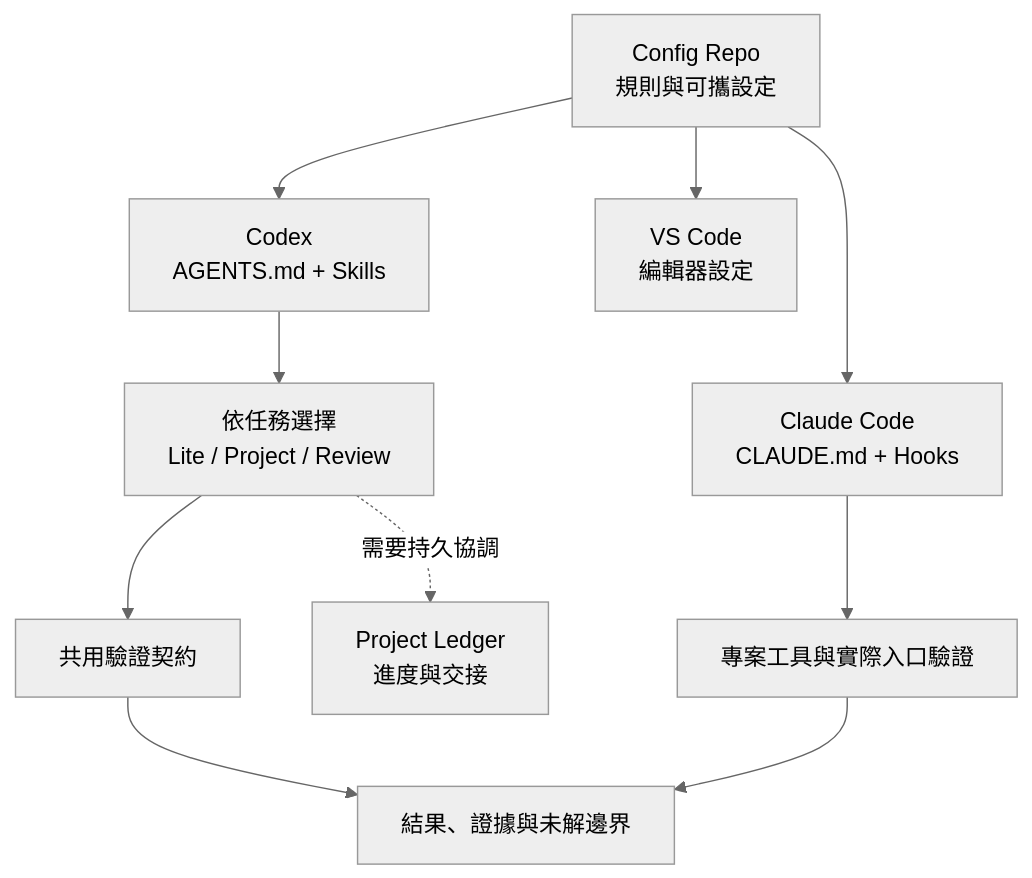
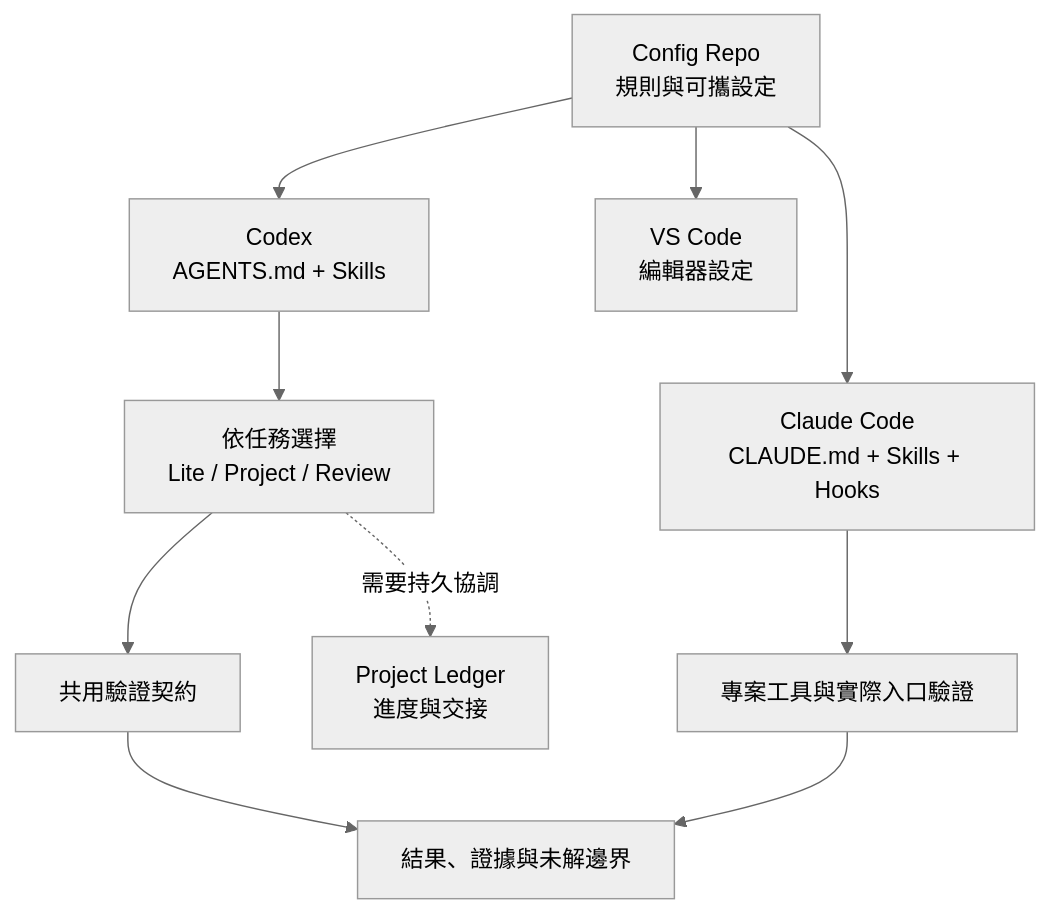
Before and after one commit to moonking60144-collab/Agent-Config: the first of 2 diagrams in README.md, drawn with Mermaid (neutral theme). The commit also changed other lines of this file and 6 other files, not shown here.

First line of the commit message:
feat(workflow): 由共用 skills 部署 Claude 工作流

````diff
--- a/README.md
+++ b/README.md
@@ -5,12 +5,12 @@
 ```mermaid
 flowchart TB
     R["Config Repo<br/>規則與可攜設定"] --> C["Codex<br/>AGENTS.md + Skills"]
-    R --> A["Claude Code<br/>CLAUDE.md + Hooks"]
+    R --> A["Claude Code<br/>CLAUDE.md + Skills + Hooks"]
     R --> V["VS Code<br/>編輯器設定"]
     C --> S["依任務選擇<br/>Lite / Project / Review"]
     S --> E["共用驗證契約"]
     S -. "需要持久協調" .-> P["Project Ledger<br/>進度與交接"]
     A --> T["專案工具與實際入口驗證"]
     E --> O["結果、證據與未解邊界"]
     T --> O
 ```
````
